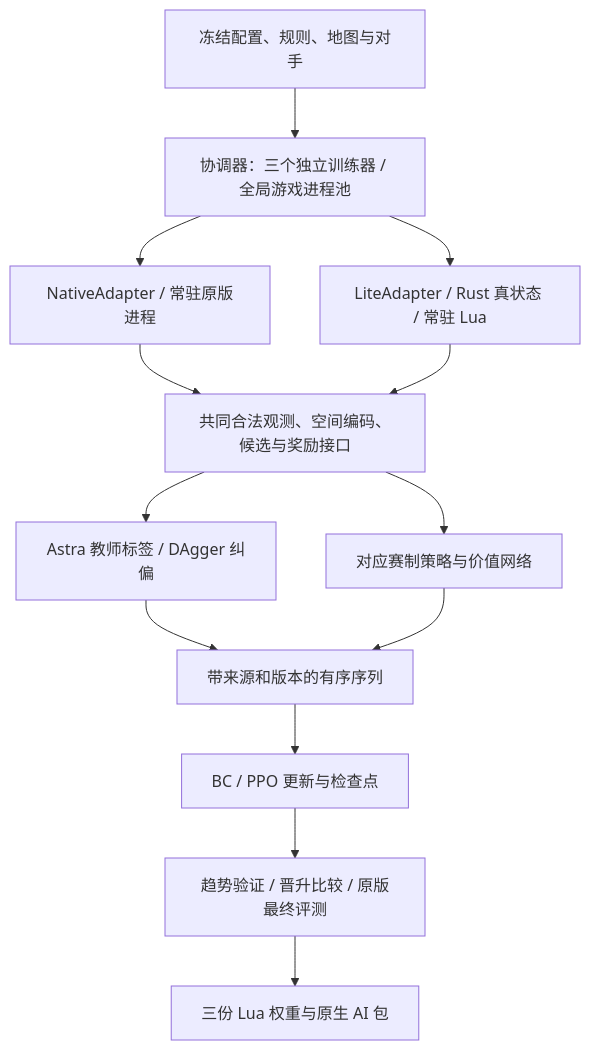
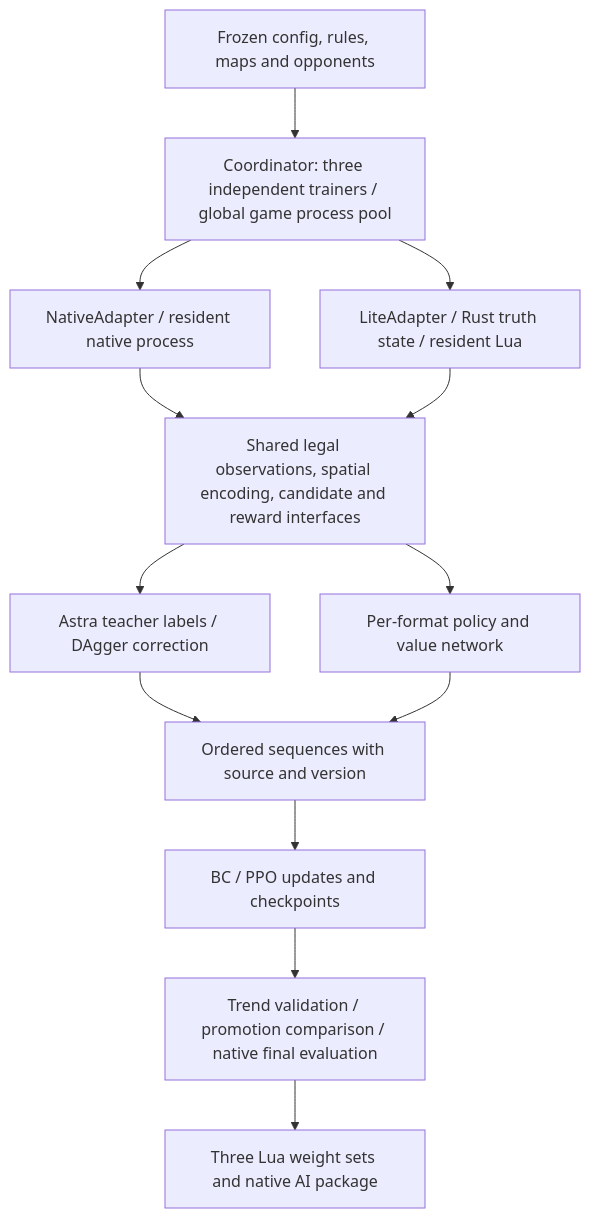
The diagram in docs/architecture.md (t66sun/wesnothLearning), drawn with Mermaid before and after one commit. The commit also changed other lines of this file and 20 other files, not shown here.

````diff
--- a/docs/architecture.md
+++ b/docs/architecture.md
@@ -25,15 +27,15 @@
 ```mermaid
 flowchart TD
-    Config[冻结配置、规则、地图与对手] --> Coordinator[协调器：三个独立训练器 / 全局游戏进程池]
-    Coordinator --> Native[NativeAdapter / 常驻原版进程]
-    Coordinator --> Lite[LiteAdapter / Rust 真状态 / 常驻 Lua]
-    Native --> Public[共同合法观测、空间编码、候选与奖励接口]
+    Config[Frozen config, rules, maps and opponents] --> Coordinator[Coordinator: three independent trainers / global game process pool]
+    Coordinator --> Native[NativeAdapter / resident native process]
+    Coordinator --> Lite[LiteAdapter / Rust truth state / resident Lua]
+    Native --> Public[Shared legal observations, spatial encoding, candidate and reward interfaces]
     Lite --> Public
-    Public --> Teacher[Astra 教师标签 / DAgger 纠偏]
-    Public --> Policy[对应赛制策略与价值网络]
-    Teacher --> Data[带来源和版本的有序序列]
+    Public --> Teacher[Astra teacher labels / DAgger correction]
+    Public --> Policy[Per-format policy and value network]
+    Teacher --> Data[Ordered sequences with source and version]
     Policy --> Data
-    Data --> Train[BC / PPO 更新与检查点]
-    Train --> Validate[趋势验证 / 晋升比较 / 原版最终评测]
-    Validate --> Export[三份 Lua 权重与原生 AI 包]
+    Data --> Train[BC / PPO updates and checkpoints]
+    Train --> Validate[Trend validation / promotion comparison / native final evaluation]
+    Validate --> Export[Three Lua weight sets and native AI package]
 ```
````
